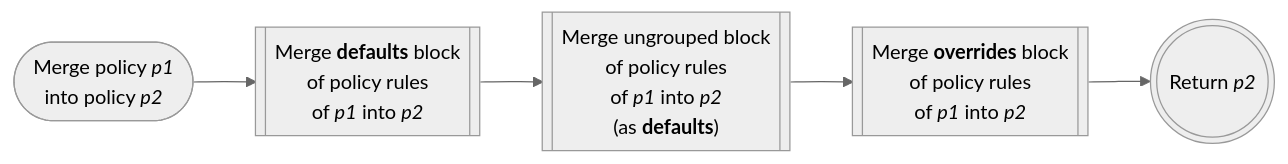
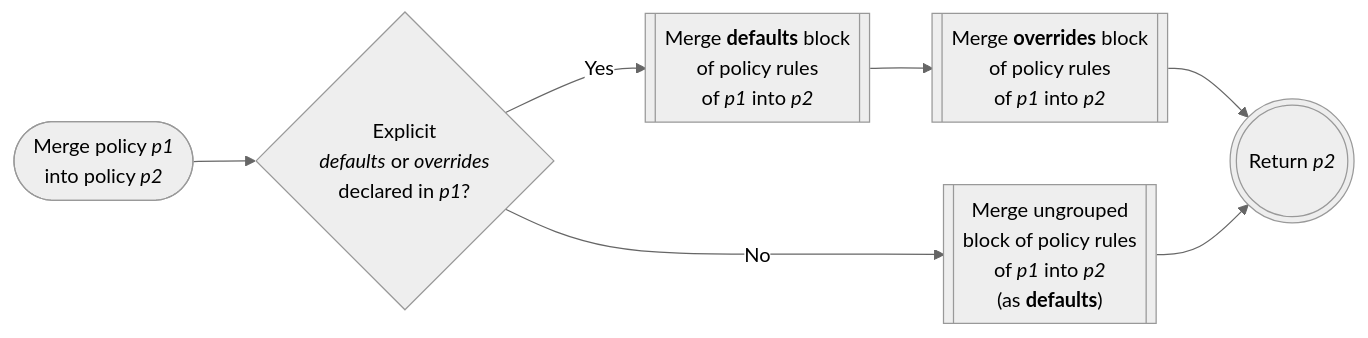
Before and after one commit to pmccarthy/architecture: the third of 6 diagrams in rfcs/0009-defaults-and-overrides.md, drawn with Mermaid. The commit also changed other lines of this file, not shown here.

First line of the commit message:
Mutually exclusive D/O blocks or bare set of policy rules

````diff
--- a/rfcs/0009-defaults-and-overrides.md
+++ b/rfcs/0009-defaults-and-overrides.md
@@ -371,9 +370,8 @@
 ```mermaid
 %%{ init: { "theme": "neutral" } }%%
 flowchart LR
     merge-p1-into-p2-start([Merge policy <i>p1</i><br>into policy <i>p2</i>]) -->
-    merge-defaults-for-r[["Merge <b>defaults</b> block<br>of policy rules<br>of <i>p1</i> into <i>p2</i>"]] -->
-    merge-bare-rules-for-r[["Merge ungrouped block<br>of policy rules<br>of <i>p1</i> into <i>p2</i><br>(as <b>defaults</b>)"]] -->
-    merge-overrides-for-r[["Merge <b>overrides</b> block<br>of policy rules<br>of <i>p1</i> into <i>p2</i>"]] -->
-    merge-p1-into-p2-finish(((Return <i>p2</i>)))
+    p1-format{Explicit<br><i>defaults</i> or <i>overrides</i><br>declared in <i>p1</i>?}
+    p1-format -- Yes --> merge-defaults-for-r[["Merge <b>defaults</b> block<br>of policy rules<br>of <i>p1</i> into <i>p2</i>"]] --> merge-overrides-for-r[["Merge <b>overrides</b> block<br>of policy rules<br>of <i>p1</i> into <i>p2</i>"]] --> merge-p1-into-p2-finish(((Return <i>p2</i>)))
+    p1-format -- No --> merge-bare-rules-for-r[["Merge ungrouped<br>block of policy rules<br>of <i>p1</i> into <i>p2</i><br>(as <b>defaults</b>)"]] --> merge-p1-into-p2-finish
 ```
````
